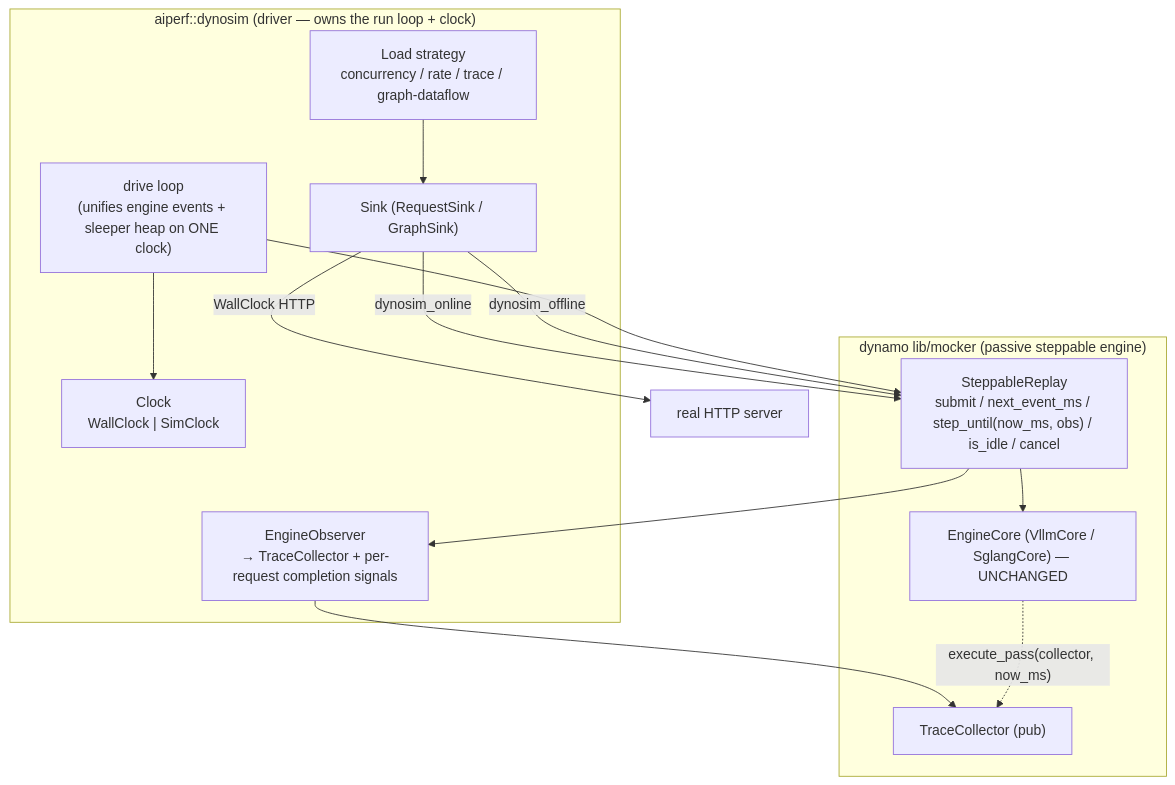
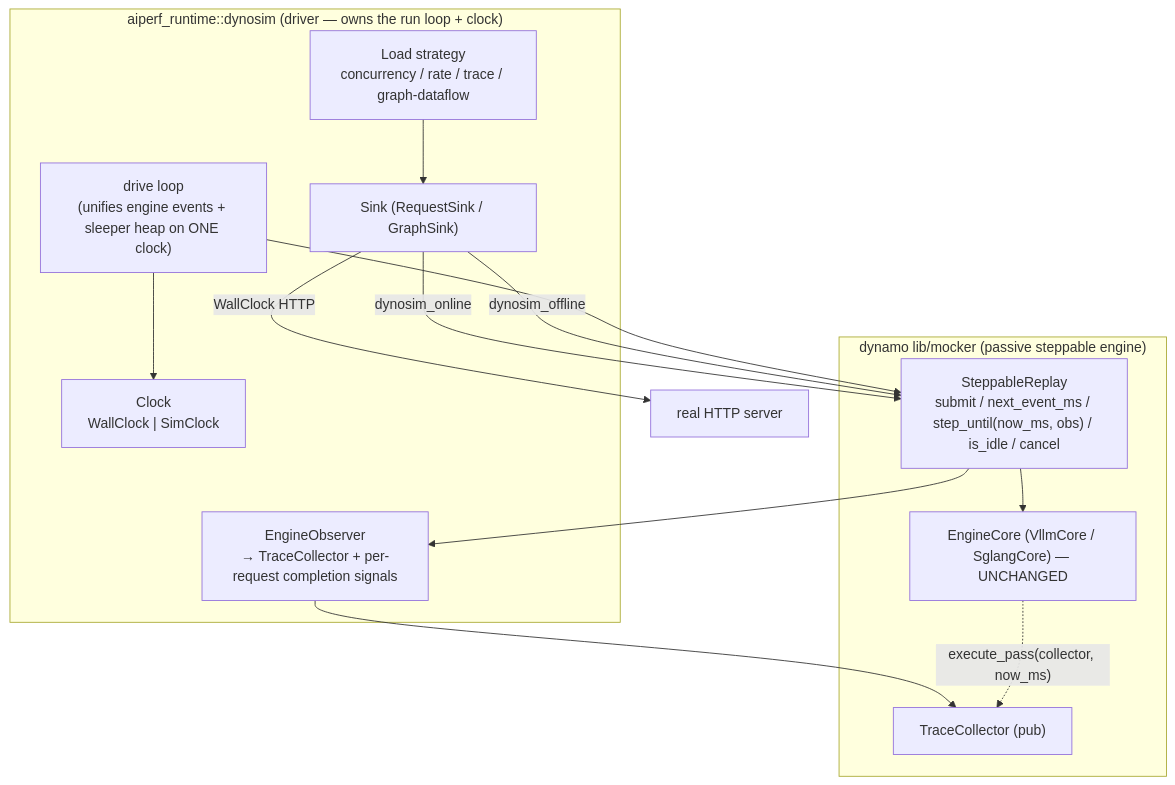
Before and after one commit to ai-dynamo/aiperf: the diagram in specs/2026-07-10-steppable-clock-injected-engine-design.md, drawn with Mermaid. The commit also changed other lines of this file and 81 other files, not shown here.

````diff
--- a/specs/2026-07-10-steppable-clock-injected-engine-design.md
+++ b/specs/2026-07-10-steppable-clock-injected-engine-design.md
@@ -92,26 +92,26 @@
 ```mermaid
 flowchart TB
-    subgraph aiperf["aiperf::dynosim  (driver — owns the run loop + clock)"]
+    subgraph aiperf["aiperf_runtime::dynosim  (driver — owns the run loop + clock)"]
         strat["Load strategy<br/>concurrency / rate / trace / graph-dataflow"]
         clock["Clock<br/>WallClock | SimClock"]
         driver["drive loop<br/>(unifies engine events + sleeper heap on ONE clock)"]
         obs["EngineObserver<br/>→ TraceCollector + per-request completion signals"]
         sink["Sink (RequestSink / GraphSink)"]
     end
     subgraph mocker["dynamo lib/mocker  (passive steppable engine)"]
         eng["SteppableReplay<br/>submit / next_event_ms / step_until(now_ms, obs) / is_idle / cancel"]
         core["EngineCore (VllmCore / SglangCore) — UNCHANGED"]
         coll["TraceCollector (pub)"]
     end
 
     strat --> sink
     sink -->|WallClock HTTP| http["real HTTP server"]
     sink -->|dynosim_online| eng
     sink -->|dynosim_offline| eng
     driver --> clock
     driver --> eng
     eng --> core
     eng --> obs
     obs --> coll
     core -.->|"execute_pass(collector, now_ms)"| coll
 ```
````
